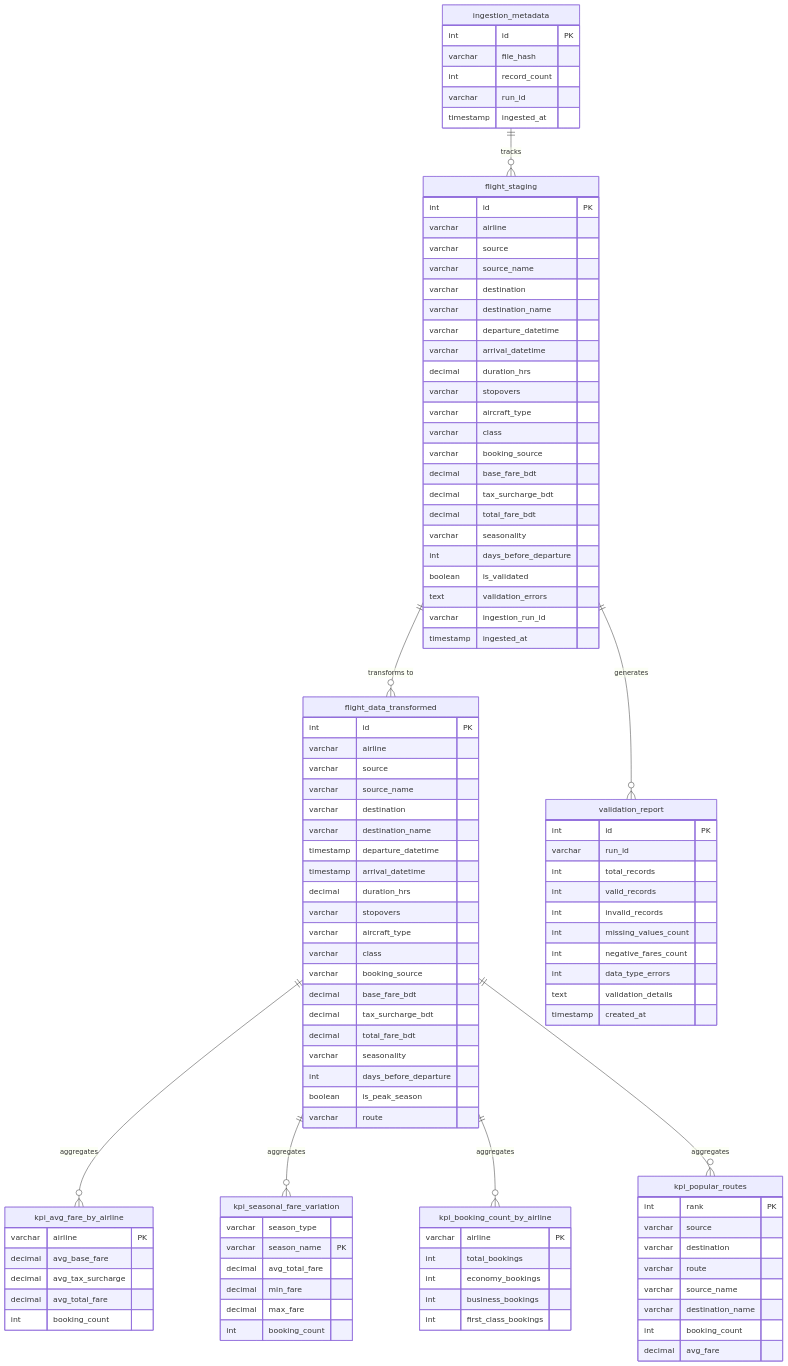
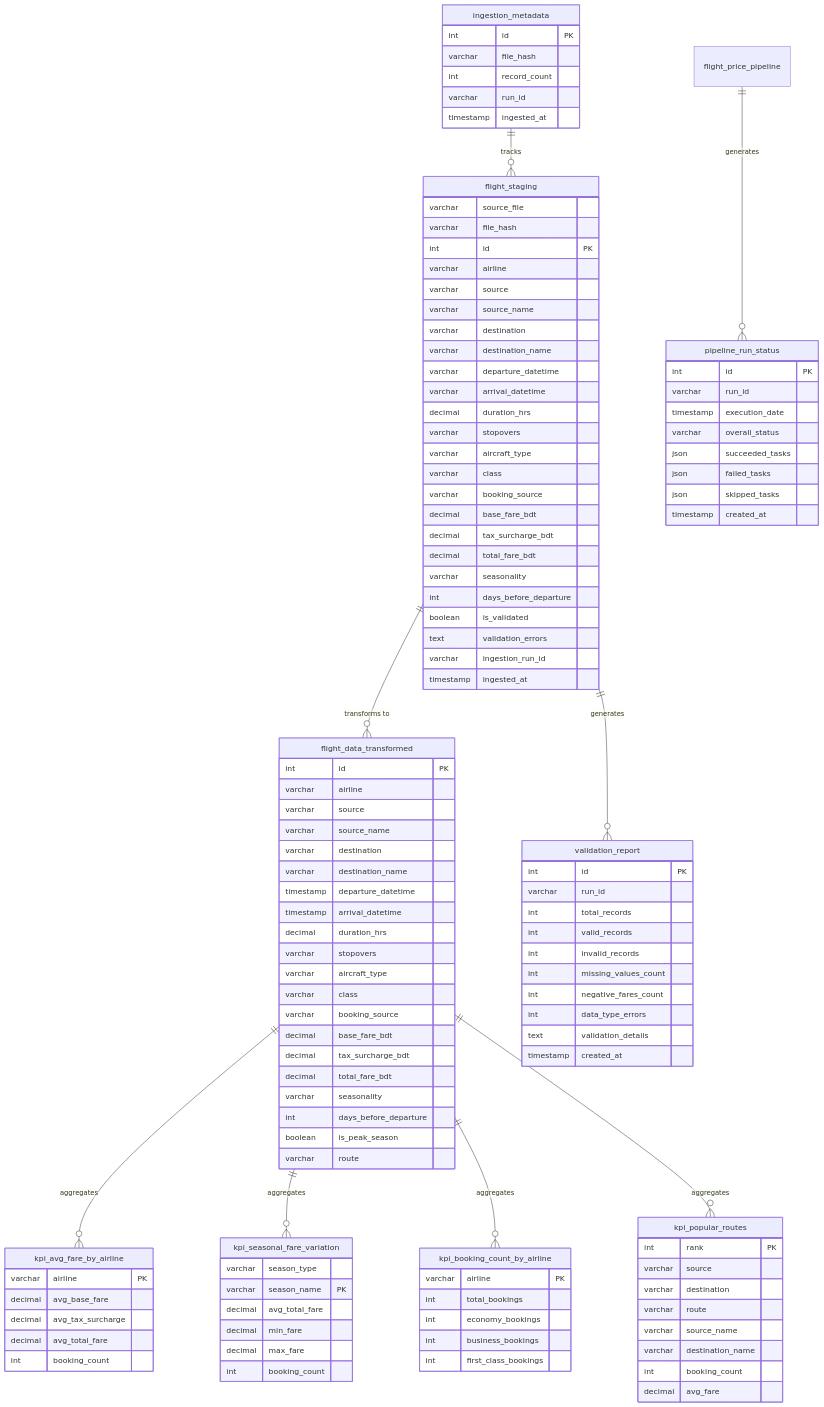
The first of 2 diagrams in README.md (Zaina-M/airflow_flight_pipeline), drawn with Mermaid before and after one commit. The commit also changed other lines of this file and 5 other files, not shown here.

Commit message:
feat: Enhance pipeline with source file tracking, status reporting, and failure resilience

````diff
--- a/README.md
+++ b/README.md
@@ -23,6 +23,8 @@
 ```mermaid
 erDiagram
     flight_staging {
+        varchar source_file
+        varchar file_hash
         int id PK
         varchar airline
         varchar source
@@ -133,5 +135,17 @@
     flight_data_transformed ||--o{ kpi_booking_count_by_airline : "aggregates"
     flight_data_transformed ||--o{ kpi_popular_routes : "aggregates"
     flight_staging ||--o{ validation_report : "generates"
+    pipeline_run_status {
+        int id PK
+        varchar run_id
+        timestamp execution_date
+        varchar overall_status
+        json succeeded_tasks
+        json failed_tasks
+        json skipped_tasks
+        timestamp created_at
+    }
+
     ingestion_metadata ||--o{ flight_staging : "tracks"
+    flight_price_pipeline ||--o{ pipeline_run_status : "generates"
 ```
````
